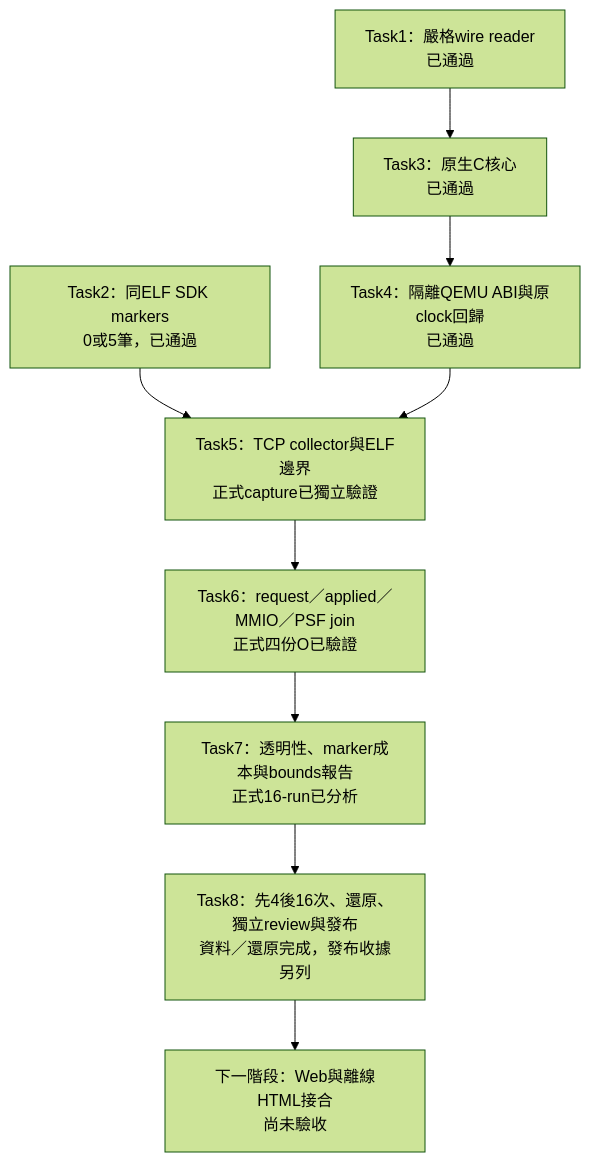
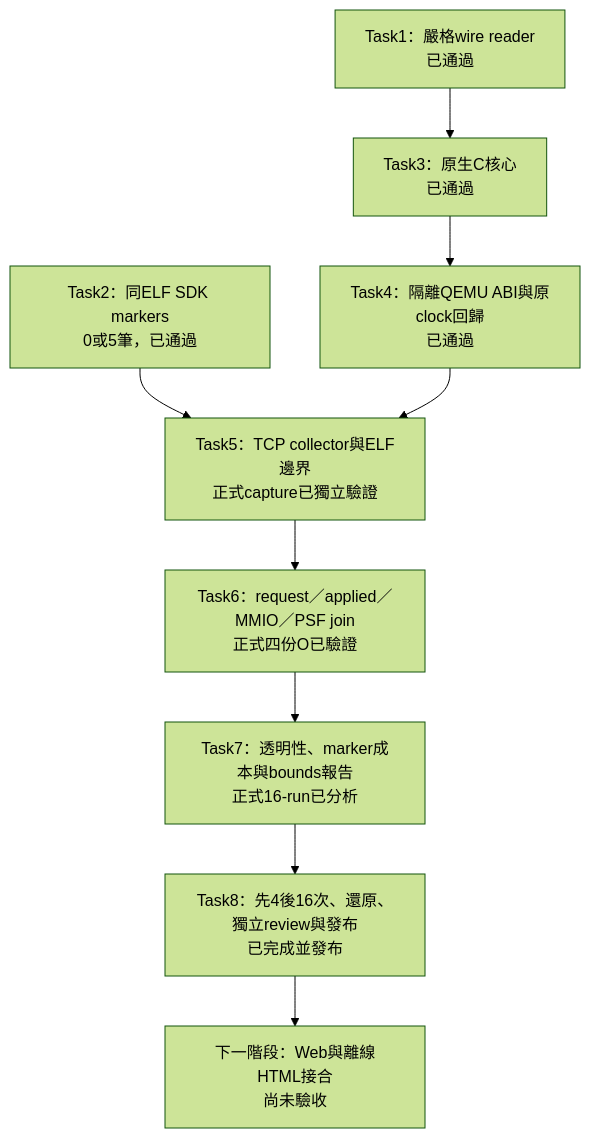
The diagram in docs/clock-anchor-progress.md (swchen44/freertos_risvc_observability), drawn with Mermaid (forest theme) before and after one commit. The commit also changed other lines of this file and 11 other files, not shown here.

````diff
--- a/docs/clock-anchor-progress.md
+++ b/docs/clock-anchor-progress.md
@@ -22,11 +22,11 @@
 ```mermaid
 flowchart TD
     W[Task1：嚴格wire reader<br/>已通過] --> C[Task3：原生C核心<br/>已通過]
     G[Task2：同ELF SDK markers<br/>0或5筆，已通過] --> P[Task5：TCP collector與ELF邊界<br/>正式capture已獨立驗證]
     C --> Q[Task4：隔離QEMU ABI與原clock回歸<br/>已通過]
     Q --> P
     P --> J[Task6：request／applied／MMIO／PSF join<br/>正式四份O已驗證]
     J --> R[Task7：透明性、marker成本與bounds報告<br/>正式16-run已分析]
-    R --> V[Task8：先4後16次、還原、獨立review與發布<br/>資料／還原完成，發布收據另列]
+    R --> V[Task8：先4後16次、還原、獨立review與發布<br/>已完成並發布]
     V --> UI[下一階段：Web與離線HTML接合<br/>尚未驗收]
 ```
````
